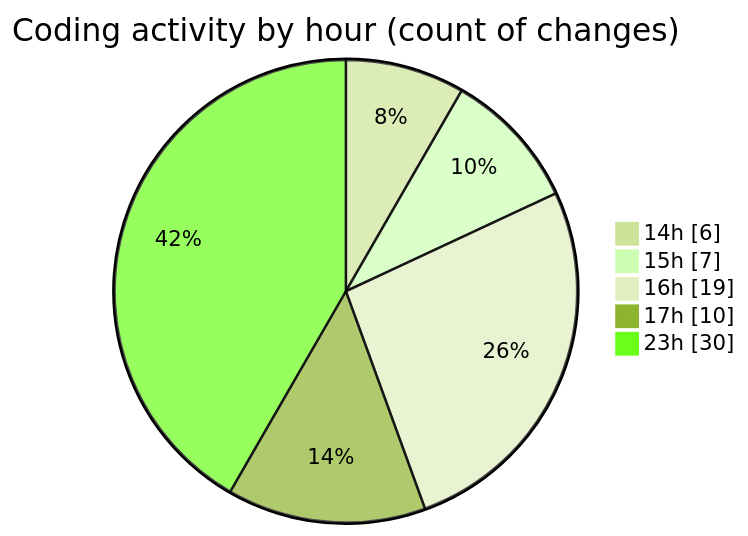
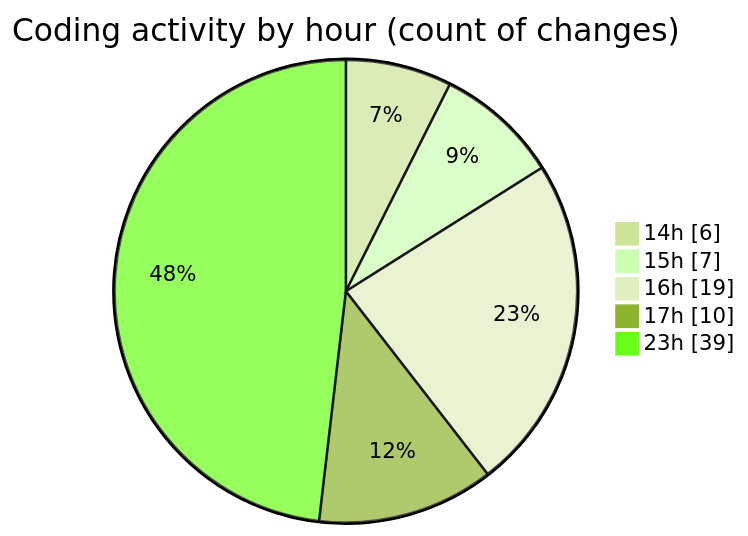
Before and after one commit to igalym/code-tracking: the second of 2 diagrams in 2026-03-30/cinema/README.md, drawn with Mermaid (forest theme). The commit also changed other lines of this file and 1 other file, not shown here.

````diff
--- a/2026-03-30/cinema/README.md
+++ b/2026-03-30/cinema/README.md
@@ -45,9 +49,9 @@
 ```mermaid
 pie showData
 title Coding activity by hour (count of changes)
 "14h" : 6
 "15h" : 7
 "16h" : 19
 "17h" : 10
-"23h" : 30
+"23h" : 39
 ```
````
